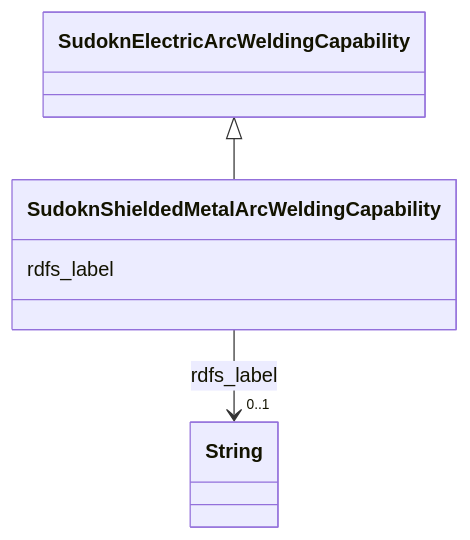
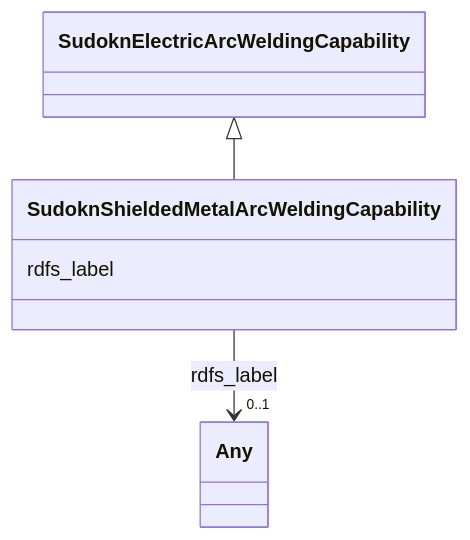
Before and after one commit to frink-okn/graph-descriptions: the diagram in sudokn-kg/classes/SudoknShieldedMetalArcWeldingCapability.md, drawn with Mermaid. The commit also changed other lines of this file and 903 other files, not shown here.

````diff
--- a/sudokn-kg/classes/SudoknShieldedMetalArcWeldingCapability.md
+++ b/sudokn-kg/classes/SudoknShieldedMetalArcWeldingCapability.md
@@ -23,18 +16,18 @@
 ```mermaid
  classDiagram
     class SudoknShieldedMetalArcWeldingCapability
     click SudoknShieldedMetalArcWeldingCapability href "../SudoknShieldedMetalArcWeldingCapability"
       SudoknElectricArcWeldingCapability <|-- SudoknShieldedMetalArcWeldingCapability
         click SudoknElectricArcWeldingCapability href "../SudoknElectricArcWeldingCapability"
       
       SudoknShieldedMetalArcWeldingCapability : rdfs_label
         
           
     
     
-    SudoknShieldedMetalArcWeldingCapability --> "0..1" String : rdfs_label
-    click String href "../String"
+    SudoknShieldedMetalArcWeldingCapability --> "0..1" Any : rdfs_label
+    click Any href "../Any"
 
         
       
 ```
````
